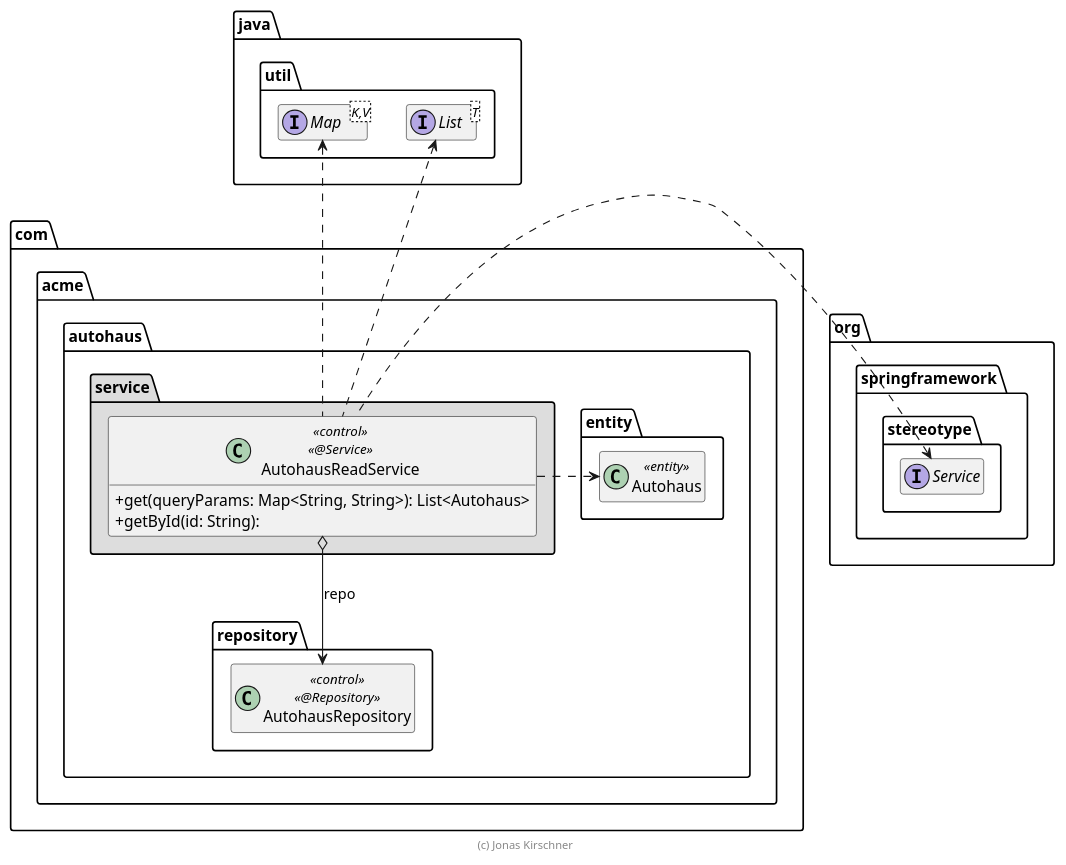
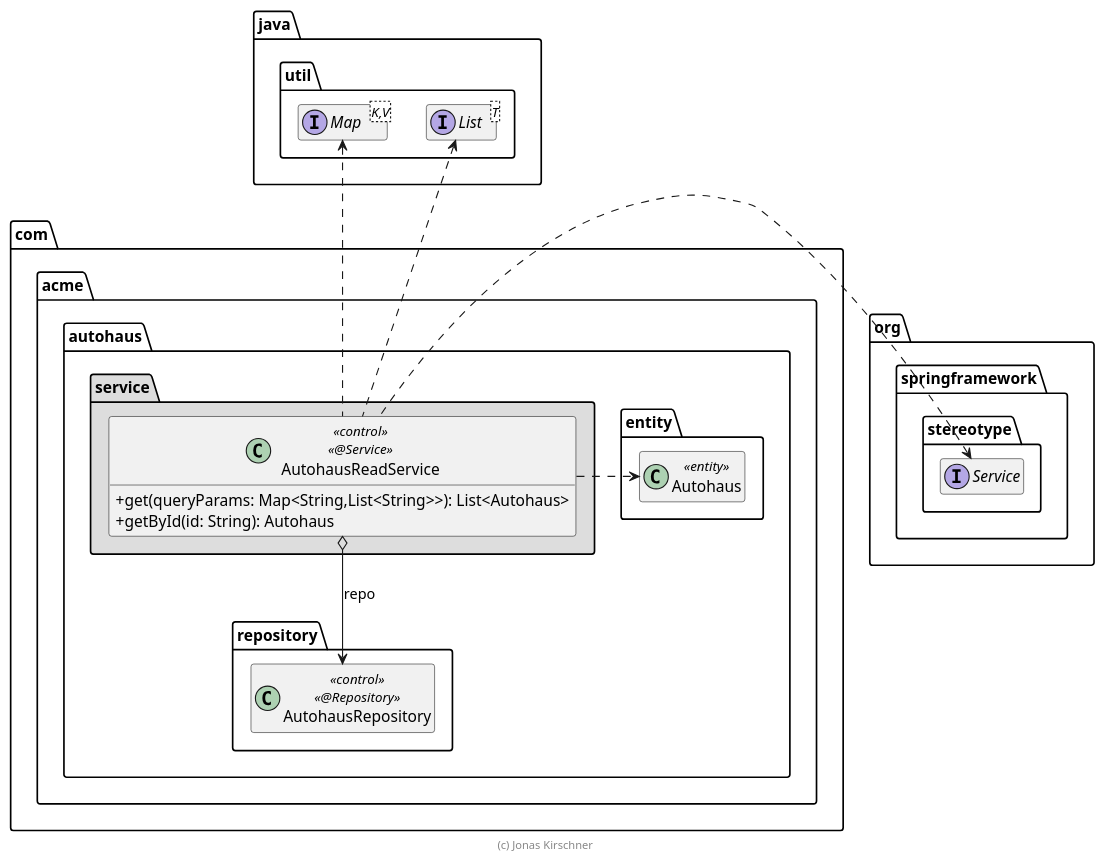
The diagram in extras/doc/AutohausReadService.plantuml (JBones35/AutohausJavaSwa), drawn with PlantUML before and after one commit. The commit also changed 5 other files, not shown here.

```diff
--- a/extras/doc/AutohausReadService.plantuml
+++ b/extras/doc/AutohausReadService.plantuml
@@ -1,43 +1,43 @@
 @startuml AutohausReadService
 
 skinparam classAttributeIconSize 0
 
 package org.springframework.stereotype {
     interface Service
 }
 
 package java.util {
     interface List<T>
     interface Map<K,V>
 }
 
 package com.acme.autohaus {
     package entity {
         class Autohaus << entity >>
 
         Autohaus .up[hidden].> List
     }
 
     package repository {
         class AutohausRepository << control >> << @Repository >>
     }
 
     package service #DDDDDD {
         class AutohausReadService << control >> << @Service >> {
-            + get(queryParams: Map<String, String>): List<Autohaus>
-            + getById(id: String):
+            + get(queryParams: Map<String,List<String>>): List<Autohaus>
+            + getById(id: String): Autohaus
         }
 
         AutohausReadService o--> AutohausRepository : repo
         AutohausReadService .right.> Autohaus
         AutohausReadService .up> Service
         AutohausReadService .up> List
         AutohausReadService .up.> Map
     }
 }
 
 hide empty members
 
 footer (c) Jonas Kirschner
 
 @enduml
```
